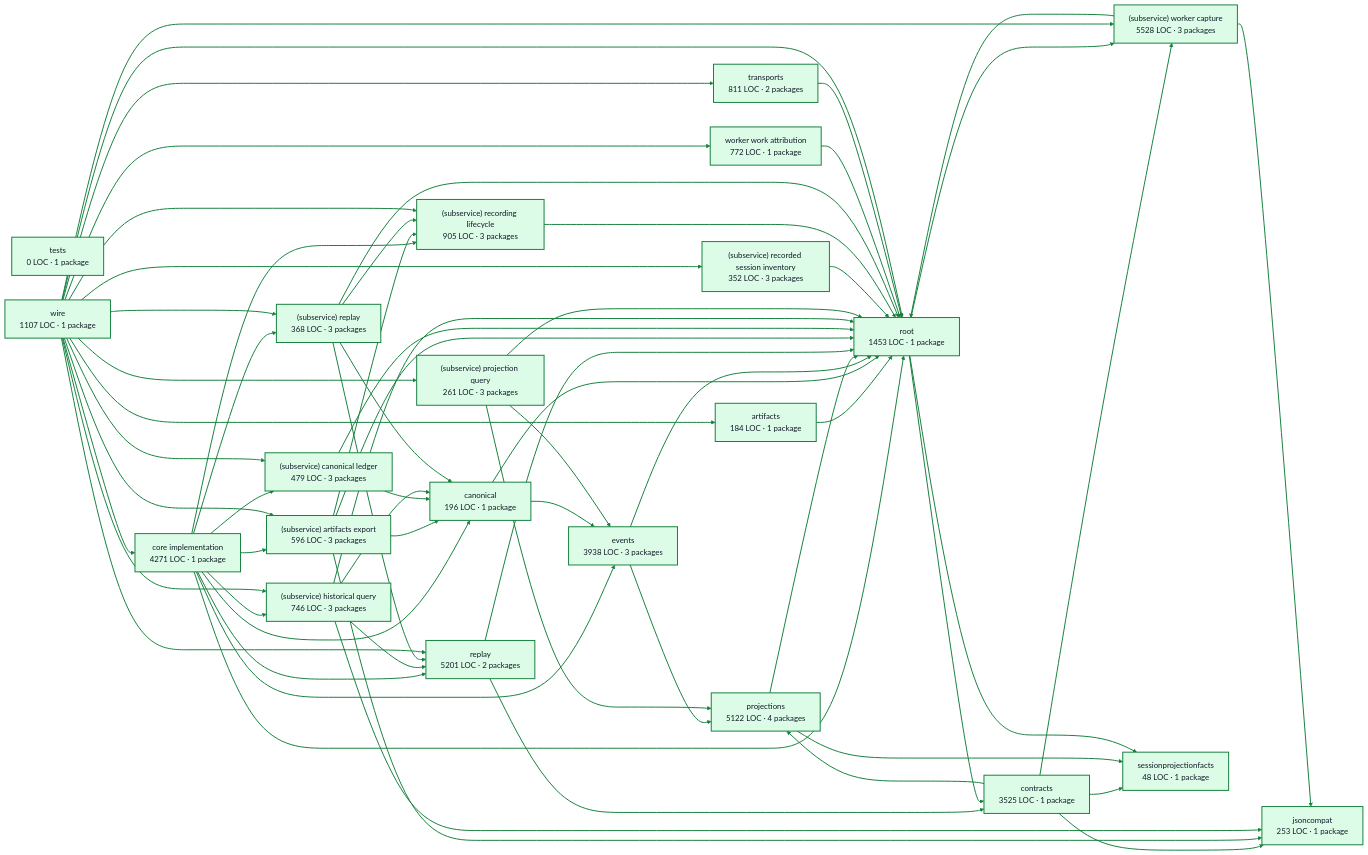
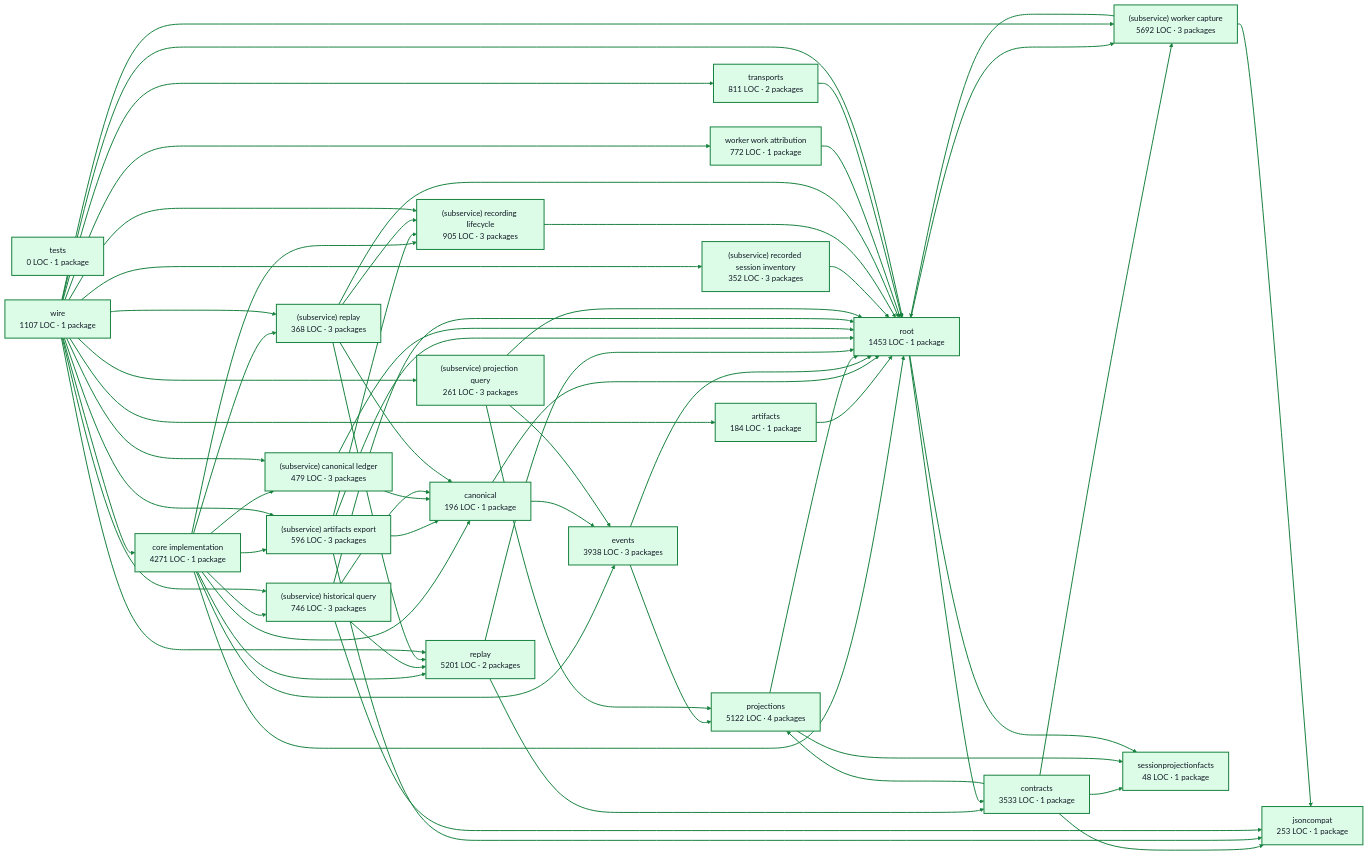
Before and after one commit to portpowered/you-agent-factory: the diagram in docs/architecture/visualizations/services/recordings.md, drawn with Mermaid. The commit also changed other lines of this file and 20 other files, not shown here.

Commit message:
docs: refresh backend architecture visualizations

```diff
--- a/docs/architecture/visualizations/services/recordings.md
+++ b/docs/architecture/visualizations/services/recordings.md
@@ -13,7 +13,7 @@
   p0["core implementation<br/>4271 LOC · 1 package"]
   p1["artifacts<br/>184 LOC · 1 package"]
   p2["canonical<br/>196 LOC · 1 package"]
-  p3["contracts<br/>3525 LOC · 1 package"]
+  p3["contracts<br/>3533 LOC · 1 package"]
   p4["events<br/>3938 LOC · 3 packages"]
   p5["jsoncompat<br/>253 LOC · 1 package"]
   p6["projections<br/>5122 LOC · 4 packages"]
@@ -25,7 +25,7 @@
   p12["(subservice) recorded session inventory<br/>352 LOC · 3 packages"]
   p13["(subservice) recording lifecycle<br/>905 LOC · 3 packages"]
   p14["(subservice) replay<br/>368 LOC · 3 packages"]
-  p15["(subservice) worker capture<br/>5528 LOC · 3 packages"]
+  p15["(subservice) worker capture<br/>5692 LOC · 3 packages"]
   p16["sessionprojectionfacts<br/>48 LOC · 1 package"]
   p17["tests<br/>0 LOC · 1 package"]
   p18["worker work attribution<br/>772 LOC · 1 package"]
```
